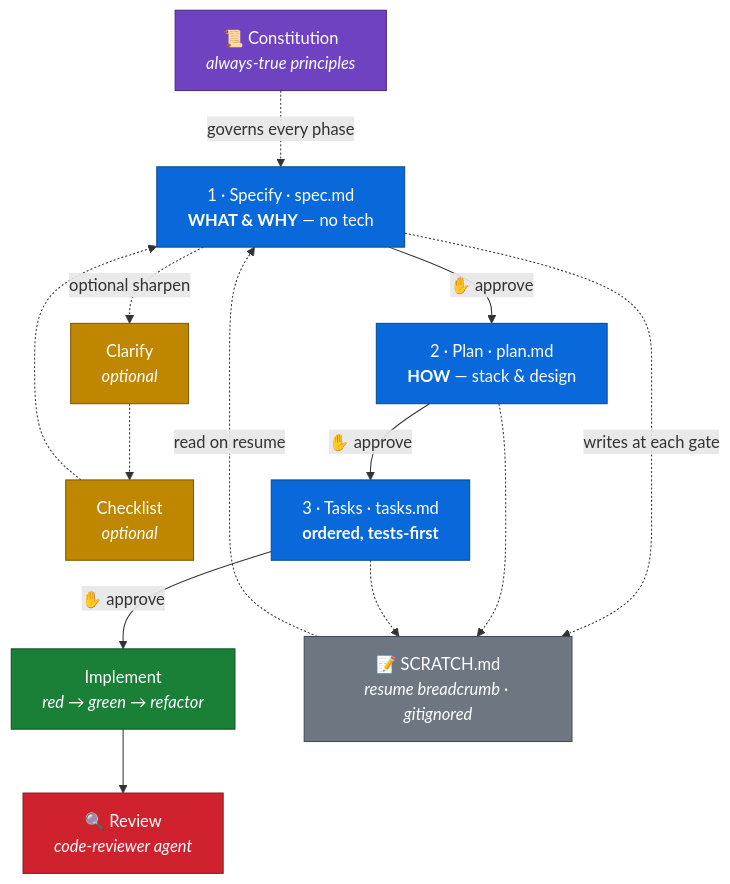
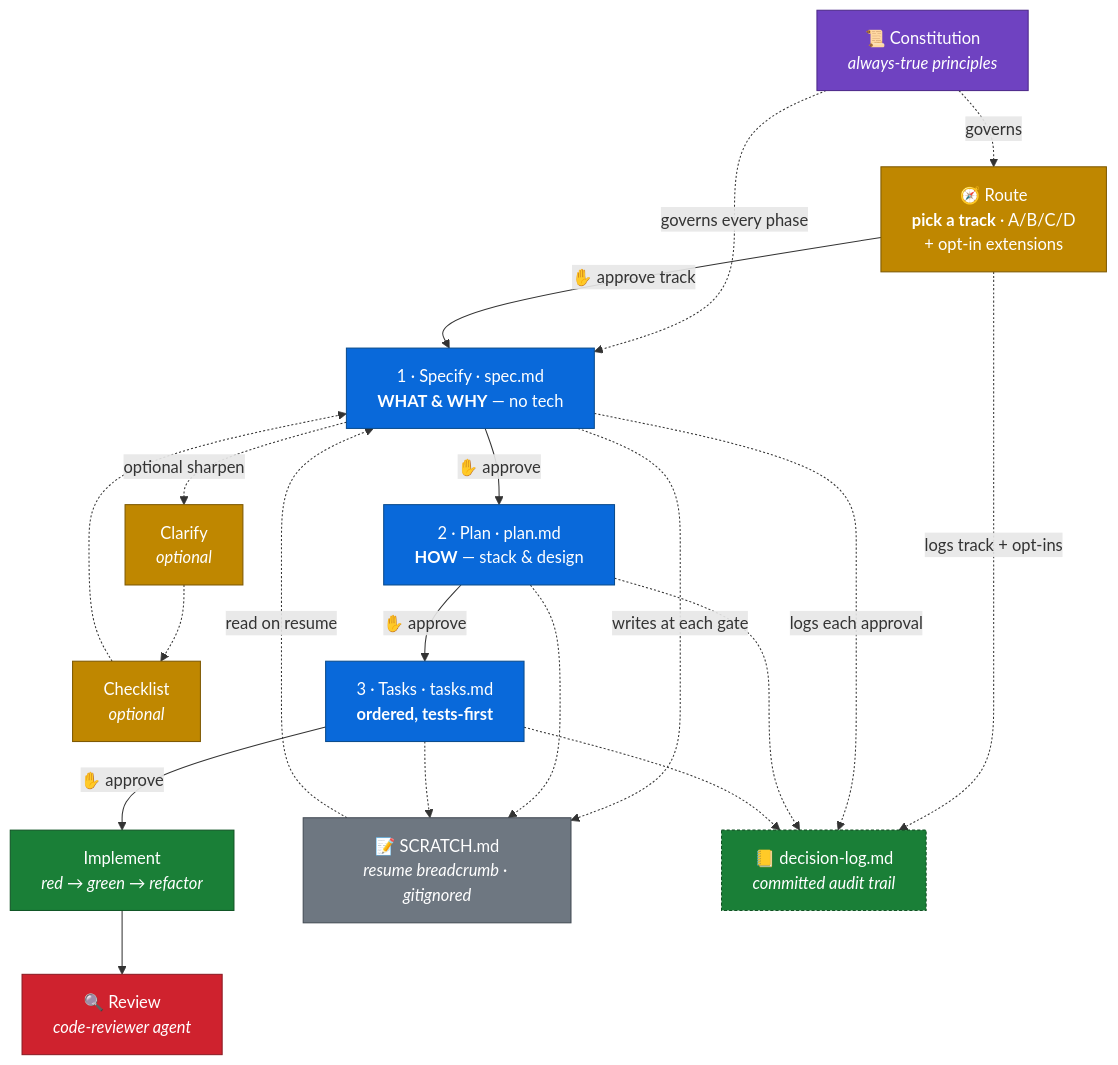
One commit to saptarshibasu/spec-driven-development changed the first of 2 diagrams in README.md. Above: the diagram before and after it, drawn with Mermaid. The commit also changed other lines of this file and 24 other files, not shown here.

````diff
--- a/README.md
+++ b/README.md
@@ -26,29 +26,38 @@
 ```mermaid
 flowchart TD
     K["📜 Constitution<br/><i>always-true principles</i>"]:::gov
+    RT["🧭 Route<br/><b>pick a track</b> · A/B/C/D<br/>+ opt-in extensions"]:::gate
     S["1 · Specify · spec.md<br/><b>WHAT & WHY</b> — no tech"]:::phase
     CL["Clarify<br/><i>optional</i>"]:::gate
     CK["Checklist<br/><i>optional</i>"]:::gate
     P["2 · Plan · plan.md<br/><b>HOW</b> — stack & design"]:::phase
     T["3 · Tasks · tasks.md<br/><b>ordered, tests-first</b>"]:::phase
     I["Implement<br/><i>red → green → refactor</i>"]:::impl
     R["🔍 Review<br/><i>code-reviewer agent</i>"]:::sensor
     B["📝 SCRATCH.md<br/><i>resume breadcrumb · gitignored</i>"]:::scratch
+    DL["📒 decision-log.md<br/><i>committed audit trail</i>"]:::audit
 
     K -. governs every phase .-> S
+    RT -->|✋ approve track| S
+    K -. governs .-> RT
     S -->|✋ approve| P -->|✋ approve| T -->|✋ approve| I --> R
     S -. optional sharpen .-> CL
     CL -.-> CK
     CK -.-> S
     S -. writes at each gate .-> B
     P -.-> B
     T -.-> B
     B -. read on resume .-> S
+    RT -. logs track + opt-ins .-> DL
+    S -. logs each approval .-> DL
+    P -.-> DL
+    T -.-> DL
 
     classDef gov fill:#6f42c1,color:#fff,stroke:#4c2889
     classDef phase fill:#0969da,color:#fff,stroke:#0a4b8c
     classDef gate fill:#bf8700,color:#fff,stroke:#7d5800
     classDef impl fill:#1a7f37,color:#fff,stroke:#0f5323
     classDef sensor fill:#cf222e,color:#fff,stroke:#8b1a22
     classDef scratch fill:#6e7781,color:#fff,stroke:#424a53
+    classDef audit fill:#1a7f37,color:#fff,stroke:#0f5323,stroke-dasharray:3 2
 ```
````
